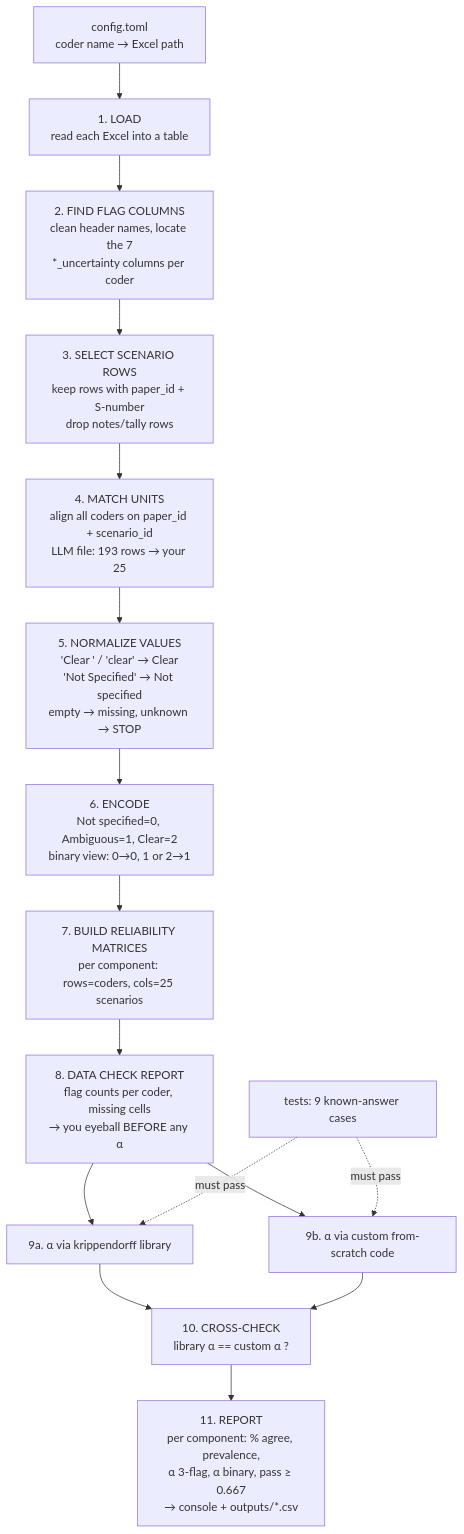
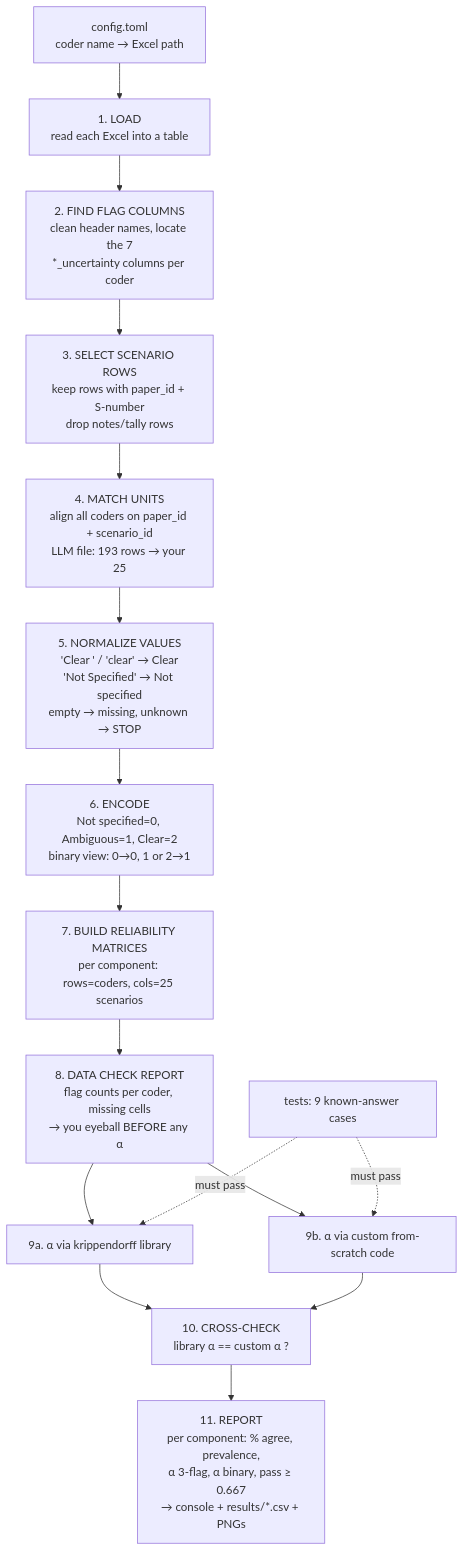
Before and after one commit to AI-Loc-Research/krippendorff-alpha: the diagram in README.md, drawn with Mermaid. The commit also changed other lines of this file and 59 other files, not shown here.

````diff
--- a/README.md
+++ b/README.md
@@ -152,18 +158,18 @@
 ```mermaid
 flowchart TD
     A[config.toml<br/>coder name → Excel path] --> B[1. LOAD<br/>read each Excel into a table]
     B --> C[2. FIND FLAG COLUMNS<br/>clean header names, locate the 7<br/>*_uncertainty columns per coder]
     C --> D[3. SELECT SCENARIO ROWS<br/>keep rows with paper_id + S-number<br/>drop notes/tally rows]
     D --> E[4. MATCH UNITS<br/>align all coders on paper_id + scenario_id<br/>LLM file: 193 rows → your 25]
     E --> F[5. NORMALIZE VALUES<br/>'Clear ' / 'clear' → Clear<br/>'Not Specified' → Not specified<br/>empty → missing, unknown → STOP]
     F --> G[6. ENCODE<br/>Not specified=0, Ambiguous=1, Clear=2<br/>binary view: 0→0, 1 or 2→1]
     G --> H[7. BUILD RELIABILITY MATRICES<br/>per component: rows=coders, cols=25 scenarios]
     H --> I[8. DATA CHECK REPORT<br/>flag counts per coder, missing cells<br/>→ you eyeball BEFORE any α]
     I --> J1[9a. α via krippendorff library]
     I --> J2[9b. α via custom from-scratch code]
     J1 --> K[10. CROSS-CHECK<br/>library α == custom α ?]
     J2 --> K
-    K --> L[11. REPORT<br/>per component: % agree, prevalence,<br/>α 3-flag, α binary, pass ≥ 0.667<br/>→ console + outputs/*.csv]
+    K --> L[11. REPORT<br/>per component: % agree, prevalence,<br/>α 3-flag, α binary, pass ≥ 0.667<br/>→ console + results/*.csv + PNGs]
     T[tests: 9 known-answer cases] -.must pass.-> J1
     T -.must pass.-> J2
 ```
````
